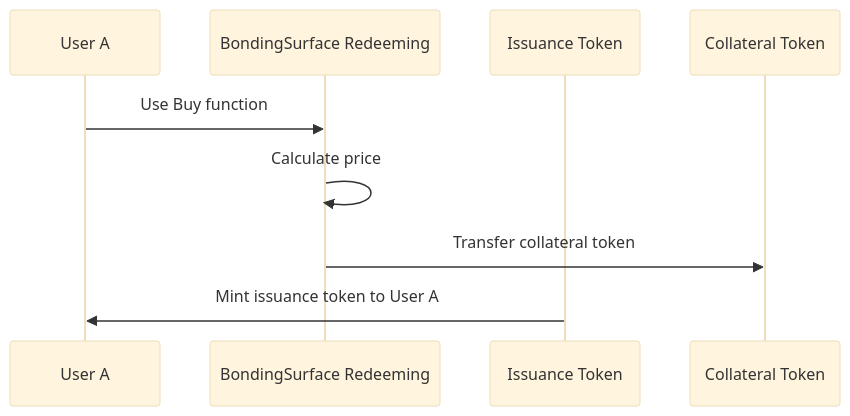
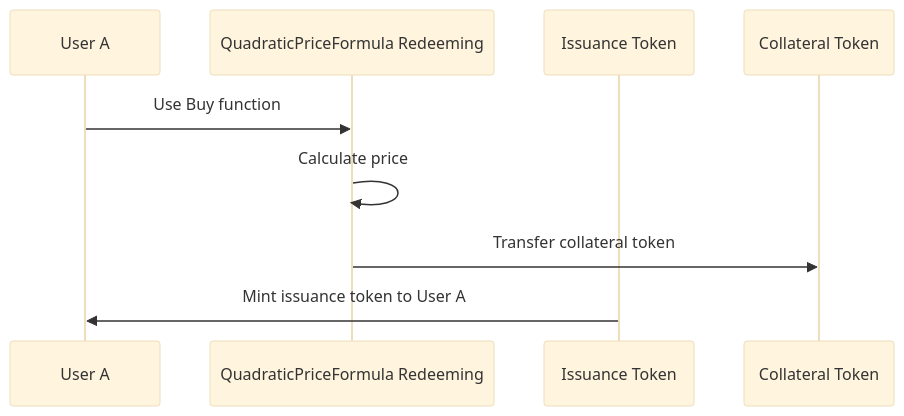
One commit to InverterNetwork/contracts changed the second of 2 diagrams in docs/templates/modules/ModuleDocumentationTemplate.md. Above: the diagram before and after it, drawn with Mermaid (base theme). The commit also changed other lines of this file and 23 other files, not shown here.

Commit message:
Rename BondingSurface

````diff
--- a/docs/templates/modules/ModuleDocumentationTemplate.md
+++ b/docs/templates/modules/ModuleDocumentationTemplate.md
@@ -85,13 +97,13 @@
 ```mermaid
 sequenceDiagram
     participant uA as User A
-    participant bS as BondingSurface Redeeming
+    participant bS as QuadraticPriceFormula Redeeming
     participant IT as Issuance Token
     participant CT as Collateral Token
 
     uA->>bS: Use Buy function
     bS->>bS: Calculate price
     bS->>CT: Transfer collateral token
     IT->>uA: Mint issuance token to User A
 
 ```
````
